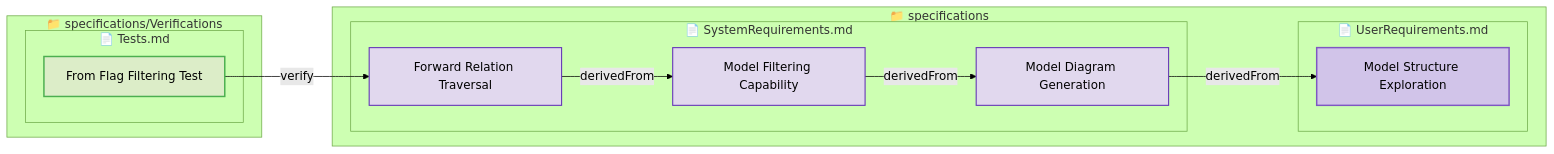
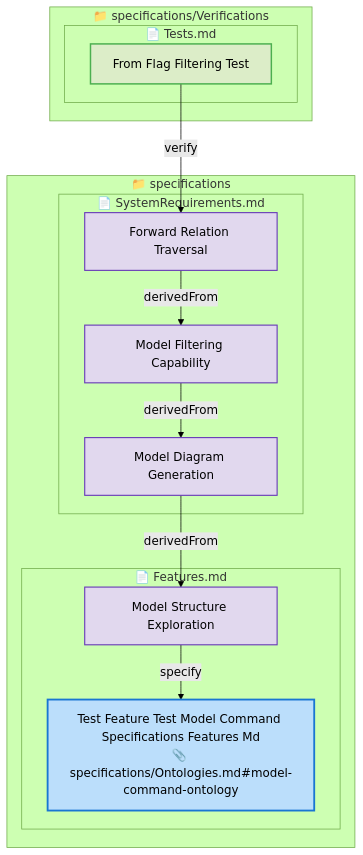
One commit to reqvire-org/reqvire changed the third of 6 diagrams in tests/test-model-command/expected/expected_reverse_filter_output.md. Above: the diagram before and after it, drawn with Mermaid (forest theme). The commit also changed other lines of this file and 446 other files, not shown here.

Commit message:
Ontologies support + Features support.  * breaking changes.

````diff
--- a/tests/test-model-command/expected/expected_reverse_filter_output.md
+++ b/tests/test-model-command/expected/expected_reverse_filter_output.md
@@ -99,40 +109,45 @@
 ```mermaid
-graph LR
-  classDef userRequirement fill:#D1C4E9,stroke:#7E57C2,stroke-width:2px;
+graph TD
+  classDef feature fill:#BBDEFB,stroke:#1976D2,stroke-width:2.5px;
   classDef systemRequirement fill:#E1D8EE,stroke:#673AB7,stroke-width:1.5px;
+  classDef ontology fill:#F4E3A1,stroke:#B08A00,stroke-width:2px;
   classDef verification fill:#DCEDC8,stroke:#4CAF50,stroke-width:2px;
   classDef default fill:#F5F5F5,stroke:#424242,stroke-width:1.5px;
 
   classDef folder fill:#FAFAFA,stroke:#9E9E9E,stroke-width:3px;
   classDef file fill:#FFF8E1,stroke:#FFCA28,stroke-width:2px;
 
   subgraph 9d68b769fcbc79d0["📁 specifications"]
+    subgraph 52b96646352f3ec7["📄 Features.md"]
+      1ef18bbc2a9e2de["Model Structure Exploration"];
+      class 1ef18bbc2a9e2de systemRequirement;
+      click 1ef18bbc2a9e2de "specifications/Features.md#model-structure-exploration";
+      cc4f0d848ef4201f["Test Feature Test Model Command Specifications Features Md<br/>📎 specifications/Ontologies.md#model-command-ontology"];
+      class cc4f0d848ef4201f feature;
+      click cc4f0d848ef4201f "specifications/Features.md#test-feature-test-model-command-specifications-features-md";
+    end
     subgraph 77808752d543f615["📄 SystemRequirements.md"]
       f7eb2f9d9cd7bb11["Forward Relation Traversal"];
       class f7eb2f9d9cd7bb11 systemRequirement;
       click f7eb2f9d9cd7bb11 "specifications/SystemRequirements.md#forward-relation-traversal";
       b7ec4bb3813f1dea["Model Diagram Generation"];
       class b7ec4bb3813f1dea systemRequirement;
       click b7ec4bb3813f1dea "specifications/SystemRequirements.md#model-diagram-generation";
       836c732a54d7f48f["Model Filtering Capability"];
       class 836c732a54d7f48f systemRequirement;
       click 836c732a54d7f48f "specifications/SystemRequirements.md#model-filtering-capability";
-    end
-    subgraph 6e2c14866f0b0117["📄 UserRequirements.md"]
-      906507e3072a273["Model Structure Exploration"];
-      class 906507e3072a273 userRequirement;
-      click 906507e3072a273 "specifications/UserRequirements.md#model-structure-exploration";
     end
   end
   subgraph 9f0649e759bd2822["📁 specifications/Verifications"]
     subgraph 7d9dffd79ed1d5b8["📄 Tests.md"]
       293200814c46cd0d["From Flag Filtering Test"];
       class 293200814c46cd0d verification;
       click 293200814c46cd0d "specifications/Verifications/Tests.md#from-flag-filtering-test";
     end
   end
   293200814c46cd0d -->|verify| f7eb2f9d9cd7bb11;
   f7eb2f9d9cd7bb11 -->|derivedFrom| 836c732a54d7f48f;
   836c732a54d7f48f -->|derivedFrom| b7ec4bb3813f1dea;
-  b7ec4bb3813f1dea -->|derivedFrom| 906507e3072a273;
+  b7ec4bb3813f1dea -->|derivedFrom| 1ef18bbc2a9e2de;
+  1ef18bbc2a9e2de -->|specify| cc4f0d848ef4201f;
 ```
````
